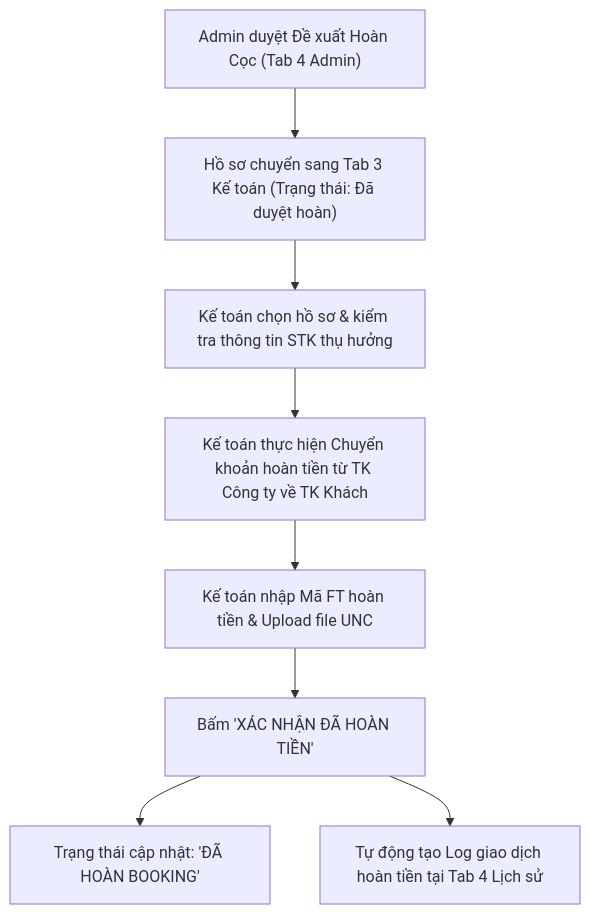
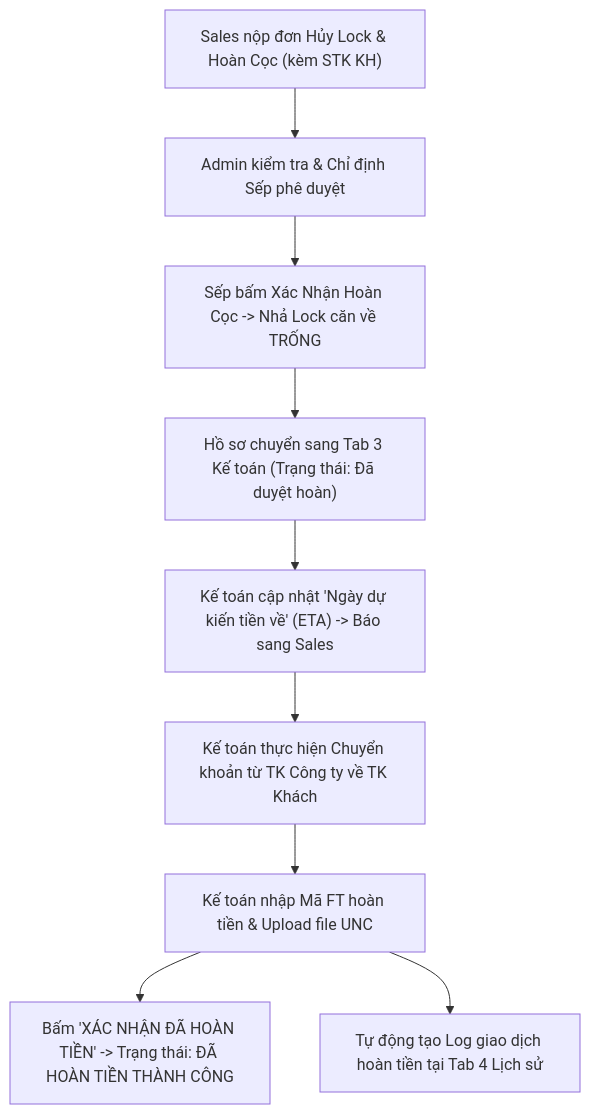
The diagram in ke_toan/TAB_03_QUAN_LY_HOAN_TIEN_REFUND.md (hdz1210/NW-BA-booking-document), drawn with Mermaid before and after one commit. The commit also changed other lines of this file and 3 other files, not shown here.

Commit message:
docs(ba): update cancel lock and refund workflow with boss approval and real-time ETA tracking

````diff
--- a/ke_toan/TAB_03_QUAN_LY_HOAN_TIEN_REFUND.md
+++ b/ke_toan/TAB_03_QUAN_LY_HOAN_TIEN_REFUND.md
@@ -23,10 +25,11 @@
 ```mermaid
 flowchart TD
-    A["Admin duyệt Đề xuất Hoàn Cọc (Tab 4 Admin)"] --> B["Hồ sơ chuyển sang Tab 3 Kế toán (Trạng thái: Đã duyệt hoàn)"]
-    B --> C["Kế toán chọn hồ sơ & kiểm tra thông tin STK thụ hưởng"]
-    C --> D["Kế toán thực hiện Chuyển khoản hoàn tiền từ TK Công ty về TK Khách"]
-    D --> E["Kế toán nhập Mã FT hoàn tiền & Upload file UNC"]
-    E --> F["Bấm 'XÁC NHẬN ĐÃ HOÀN TIỀN'"]
-    F --> G["Trạng thái cập nhật: 'ĐÃ HOÀN BOOKING'"]
-    F --> H["Tự động tạo Log giao dịch hoàn tiền tại Tab 4 Lịch sử"]
+    A["Sales nộp đơn Hủy Lock & Hoàn Cọc (kèm STK KH)"] --> B["Admin kiểm tra & Chỉ định Sếp phê duyệt"]
+    B --> C["Sếp bấm Xác Nhận Hoàn Cọc -> Nhả Lock căn về TRỐNG"]
+    C --> D["Hồ sơ chuyển sang Tab 3 Kế toán (Trạng thái: Đã duyệt hoàn)"]
+    D --> E["Kế toán cập nhật 'Ngày dự kiến tiền về' (ETA) -> Báo sang Sales"]
+    E --> F["Kế toán thực hiện Chuyển khoản từ TK Công ty về TK Khách"]
+    F --> G["Kế toán nhập Mã FT hoàn tiền & Upload file UNC"]
+    G --> H["Bấm 'XÁC NHẬN ĐÃ HOÀN TIỀN' -> Trạng thái: ĐÃ HOÀN TIỀN THÀNH CÔNG"]
+    G --> I["Tự động tạo Log giao dịch hoàn tiền tại Tab 4 Lịch sử"]
 ```
````
